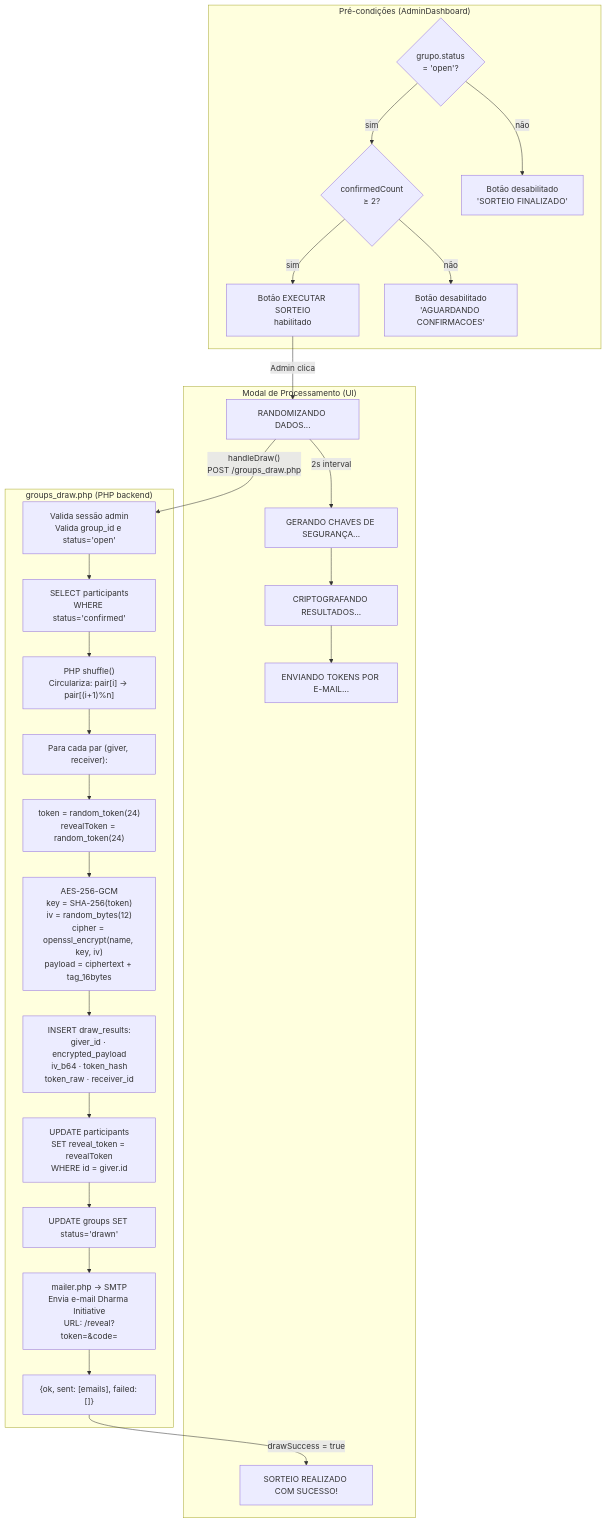
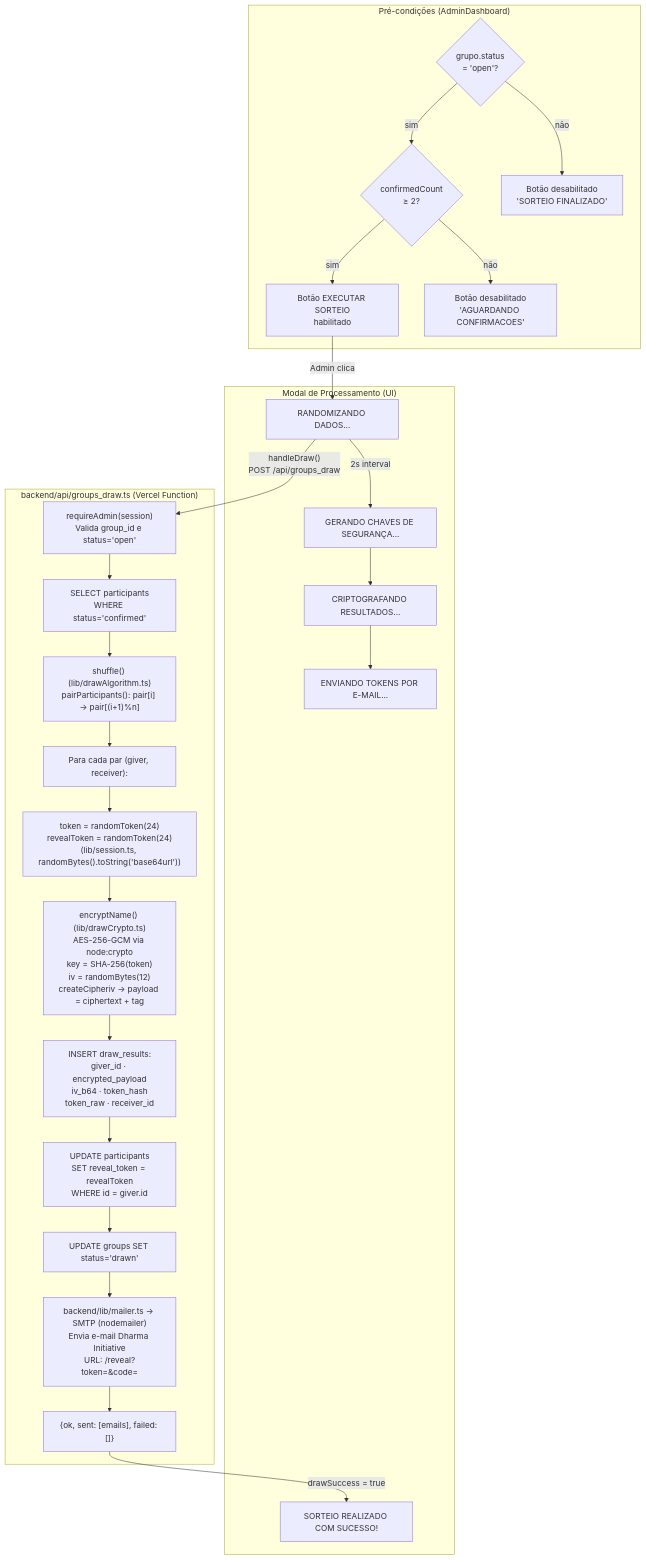
One commit to charines/AmigoSecreto changed the first of 5 diagrams in docs/modules/juiz_sorteio.md. Above: the diagram before and after it, drawn with Mermaid. The commit also changed other lines of this file and 10 other files, not shown here.

First line of the commit message:
docs: atualizar documentacao para refletir backend TS pos-migracao

````diff
--- a/docs/modules/juiz_sorteio.md
+++ b/docs/modules/juiz_sorteio.md
@@ -35,44 +35,44 @@
 ```mermaid
 flowchart TD
     subgraph PRECOND["Pré-condições (AdminDashboard)"]
         STATUS{"grupo.status\n= 'open'?"}
         COUNT{"confirmedCount\n≥ 2?"}
         BTN_DRAW["Botão EXECUTAR SORTEIO\nhabilitado"]
         BTN_WAIT["Botão desabilitado\n'AGUARDANDO CONFIRMACOES'"]
         BTN_DONE["Botão desabilitado\n'SORTEIO FINALIZADO'"]
     end
 
     subgraph ANIM["Modal de Processamento (UI)"]
         S0["RANDOMIZANDO DADOS..."]
         S1["GERANDO CHAVES DE SEGURANÇA..."]
         S2["CRIPTOGRAFANDO RESULTADOS..."]
         S3["ENVIANDO TOKENS POR E-MAIL..."]
         S_OK["SORTEIO REALIZADO COM SUCESSO!"]
     end
 
-    subgraph PHP["groups_draw.php (PHP backend)"]
-        PHP1["Valida sessão admin\nValida group_id e status='open'"]
-        PHP2["SELECT participants\nWHERE status='confirmed'"]
-        PHP3["PHP shuffle()\nCirculariza: pair[i] → pair[(i+1)%n]"]
-        PHP4["Para cada par (giver, receiver):"]
-        PHP5["token = random_token(24)\nrevealToken = random_token(24)"]
-        PHP6["AES-256-GCM\nkey = SHA-256(token)\niv = random_bytes(12)\ncipher = openssl_encrypt(name, key, iv)\npayload = ciphertext + tag_16bytes"]
-        PHP7["INSERT draw_results:\ngiver_id · encrypted_payload\niv_b64 · token_hash\ntoken_raw · receiver_id"]
-        PHP8["UPDATE participants\nSET reveal_token = revealToken\nWHERE id = giver.id"]
-        PHP9["UPDATE groups SET status='drawn'"]
-        PHP10["mailer.php → SMTP\nEnvia e-mail Dharma Initiative\nURL: /reveal?token=<revealToken>&code=<token>"]
-        PHP11["{ok, sent: [emails], failed: []}"]
+    subgraph TS["backend/api/groups_draw.ts (Vercel Function)"]
+        TS1["requireAdmin(session)\nValida group_id e status='open'"]
+        TS2["SELECT participants\nWHERE status='confirmed'"]
+        TS3["shuffle() (lib/drawAlgorithm.ts)\npairParticipants(): pair[i] → pair[(i+1)%n]"]
+        TS4["Para cada par (giver, receiver):"]
+        TS5["token = randomToken(24)\nrevealToken = randomToken(24)\n(lib/session.ts, randomBytes().toString('base64url'))"]
+        TS6["encryptName() (lib/drawCrypto.ts)\nAES-256-GCM via node:crypto\nkey = SHA-256(token)\niv = randomBytes(12)\ncreateCipheriv → payload = ciphertext + tag"]
+        TS7["INSERT draw_results:\ngiver_id · encrypted_payload\niv_b64 · token_hash\ntoken_raw · receiver_id"]
+        TS8["UPDATE participants\nSET reveal_token = revealToken\nWHERE id = giver.id"]
+        TS9["UPDATE groups SET status='drawn'"]
+        TS10["backend/lib/mailer.ts → SMTP (nodemailer)\nEnvia e-mail Dharma Initiative\nURL: /reveal?token=<revealToken>&code=<token>"]
+        TS11["{ok, sent: [emails], failed: []}"]
     end
 
     STATUS -->|"sim"| COUNT
     STATUS -->|"não"| BTN_DONE
     COUNT -->|"sim"| BTN_DRAW
     COUNT -->|"não"| BTN_WAIT
 
     BTN_DRAW -->|"Admin clica"| S0
     S0 -->|"2s interval"| S1 --> S2 --> S3
-    S0 -->|"handleDraw()\nPOST /groups_draw.php"| PHP1
-    PHP1 --> PHP2 --> PHP3 --> PHP4
-    PHP4 --> PHP5 --> PHP6 --> PHP7 --> PHP8 --> PHP9 --> PHP10 --> PHP11
-    PHP11 -->|"drawSuccess = true"| S_OK
+    S0 -->|"handleDraw()\nPOST /api/groups_draw"| TS1
+    TS1 --> TS2 --> TS3 --> TS4
+    TS4 --> TS5 --> TS6 --> TS7 --> TS8 --> TS9 --> TS10 --> TS11
+    TS11 -->|"drawSuccess = true"| S_OK
 ```
````
